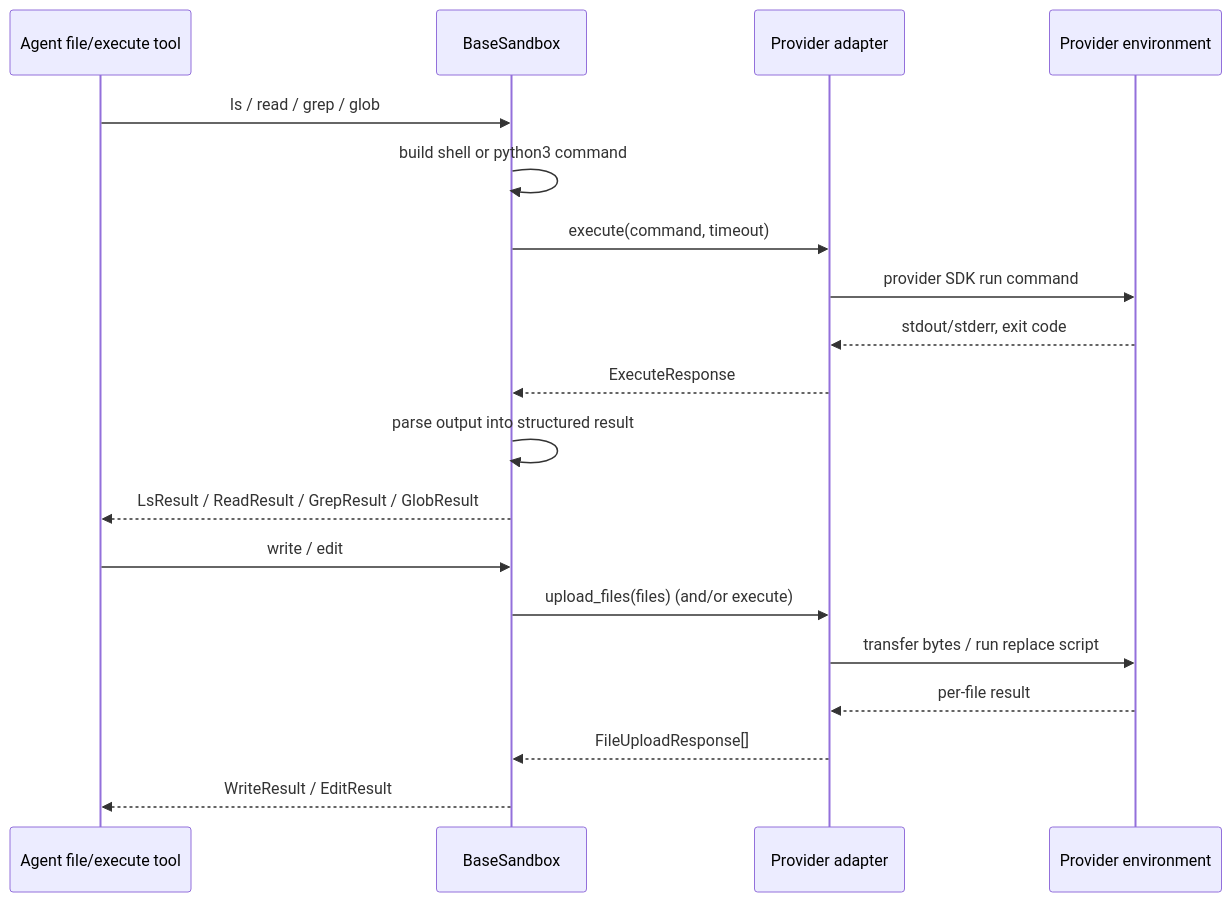
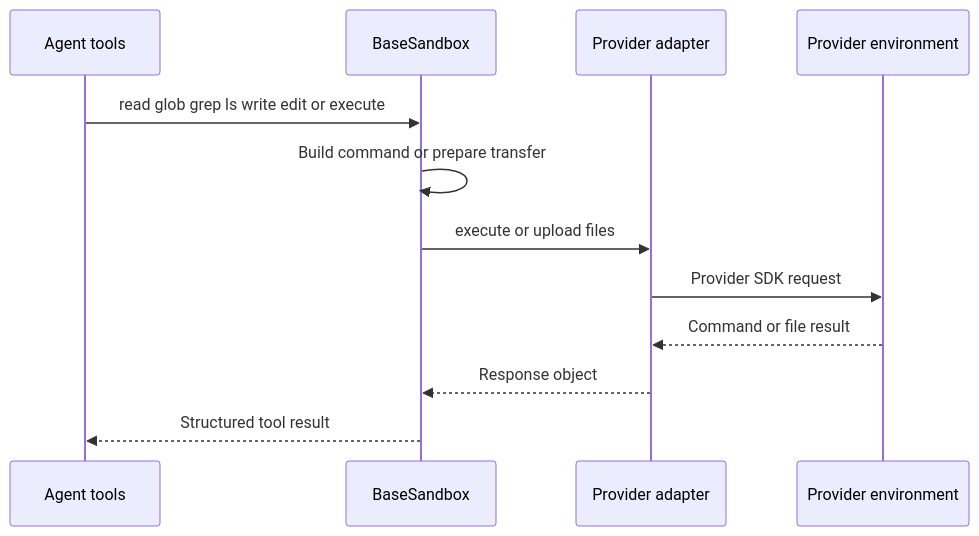
The first of 2 diagrams in openwiki/integrations/sandbox-partners.md (langchain-ai/deepagents), drawn with Mermaid before and after one commit. The commit also changed other lines of this file and 136 other files, not shown here.

````diff
--- a/openwiki/integrations/sandbox-partners.md
+++ b/openwiki/integrations/sandbox-partners.md
@@ -96,23 +65,15 @@
 ```mermaid
 sequenceDiagram
-    participant Tool as Agent file/execute tool
+    participant Agent as Agent tools
     participant Base as BaseSandbox
-    participant Sub as Provider adapter
-    participant Prov as Provider environment
+    participant Adapter as Provider adapter
+    participant Environment as Provider environment
 
-    Tool->>Base: ls / read / grep / glob
-    Base->>Base: build shell or python3 command
-    Base->>Sub: execute(command, timeout)
-    Sub->>Prov: provider SDK run command
-    Prov-->>Sub: stdout/stderr, exit code
-    Sub-->>Base: ExecuteResponse
-    Base->>Base: parse output into structured result
-    Base-->>Tool: LsResult / ReadResult / GrepResult / GlobResult
-
-    Tool->>Base: write / edit
-    Base->>Sub: upload_files(files) (and/or execute)
-    Sub->>Prov: transfer bytes / run replace script
-    Prov-->>Sub: per-file result
-    Sub-->>Base: FileUploadResponse[]
-    Base-->>Tool: WriteResult / EditResult
+    Agent->>Base: read glob grep ls write edit or execute
+    Base->>Base: Build command or prepare transfer
+    Base->>Adapter: execute or upload files
+    Adapter->>Environment: Provider SDK request
+    Environment-->>Adapter: Command or file result
+    Adapter-->>Base: Response object
+    Base-->>Agent: Structured tool result
 ```
````
